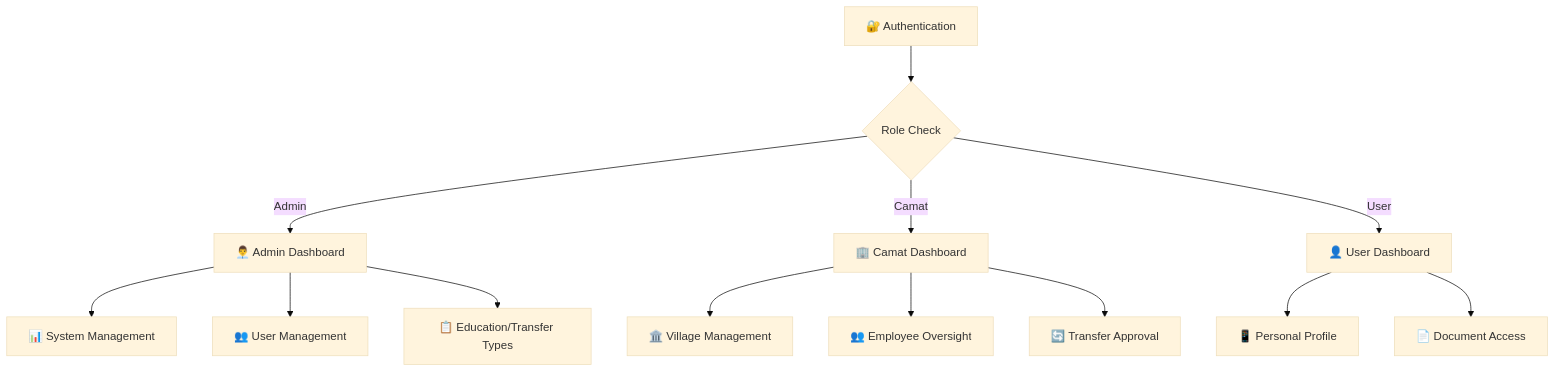
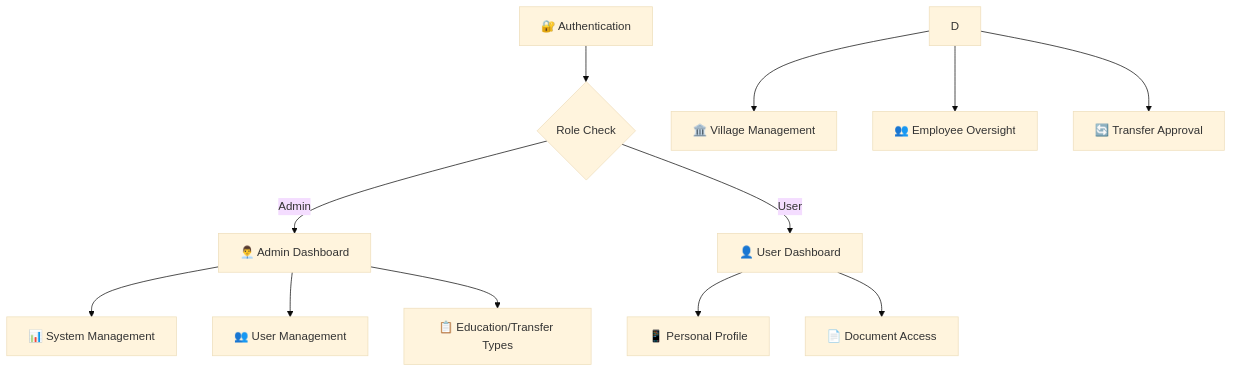
One commit to hafisc/sistem-kepegawaian changed the diagram in README.md. Above: the diagram before and after it, drawn with Mermaid (base theme). The commit also changed other lines of this file and 65 other files, not shown here.

````diff
--- a/README.md
+++ b/README.md
@@ -161,18 +161,18 @@
 ```mermaid
 graph TD
     A[🔐 Authentication] --> B{Role Check}
     B -->|Admin| C[👨‍💼 Admin Dashboard]
-    B -->|Camat| D[🏢 Camat Dashboard]
+
     B -->|User| E[👤 User Dashboard]
     
     C --> F[📊 System Management]
     C --> G[👥 User Management]
     C --> H[📋 Education/Transfer Types]
     
     D --> I[🏛️ Village Management]
     D --> J[👥 Employee Oversight]
     D --> K[🔄 Transfer Approval]
     
     E --> L[📱 Personal Profile]
     E --> M[📄 Document Access]
 ```
````
